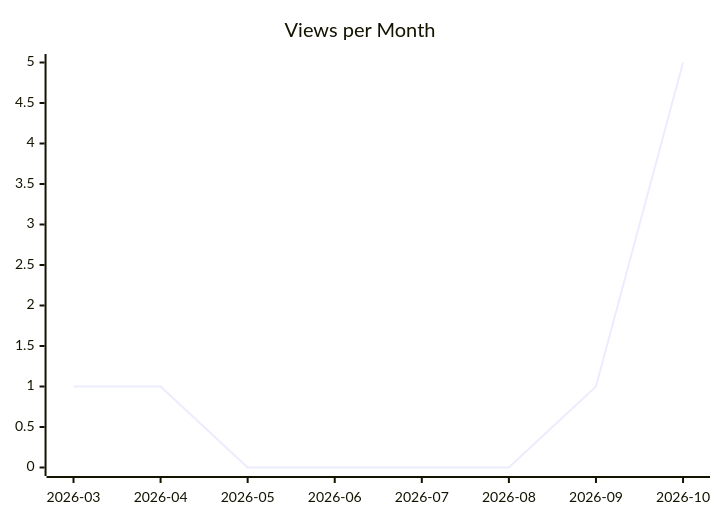
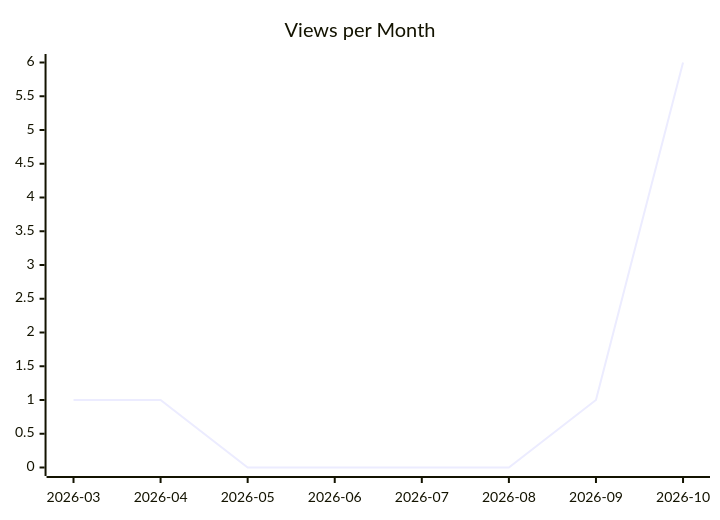
Before and after one commit to justdavis-family/github-analytics-data: the second of 3 diagrams in karlmdavis/todoist-ai/README.md, drawn with Mermaid. The commit also changed other lines of this file and 198 other files, not shown here.

````diff
--- a/karlmdavis/todoist-ai/README.md
+++ b/karlmdavis/todoist-ai/README.md
@@ -12,6 +12,6 @@
 ```mermaid
 xychart-beta
   title "Views per Month"
   x-axis ["2026-03", "2026-04", "2026-05", "2026-06", "2026-07", "2026-08", "2026-09", "2026-10"]
-  line [1, 1, 0, 0, 0, 0, 1, 5]
+  line [1, 1, 0, 0, 0, 0, 1, 6]
 ```
````
